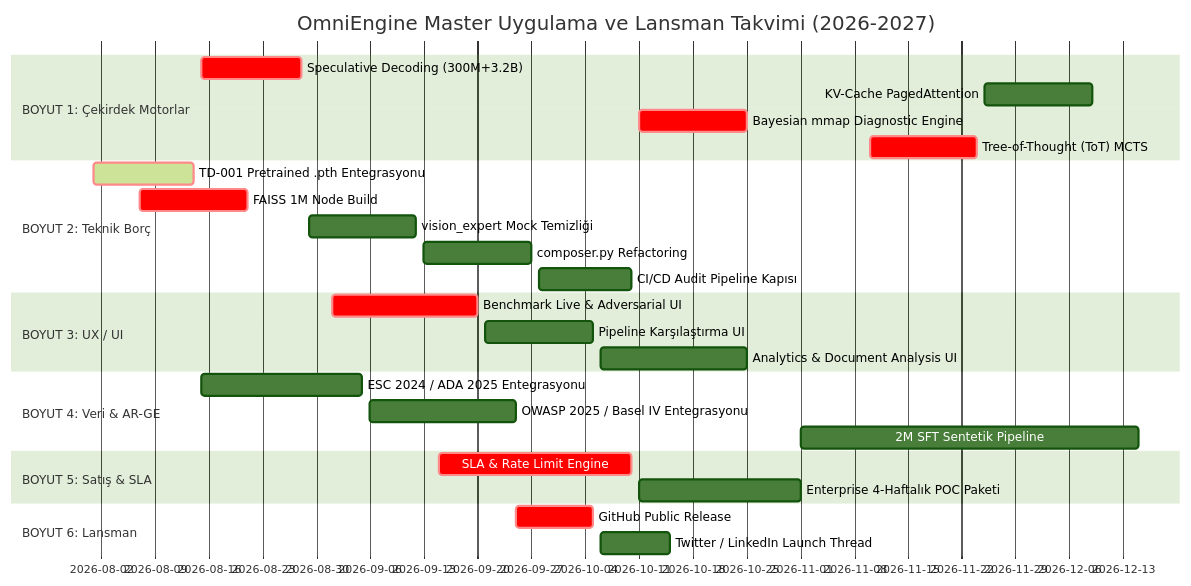
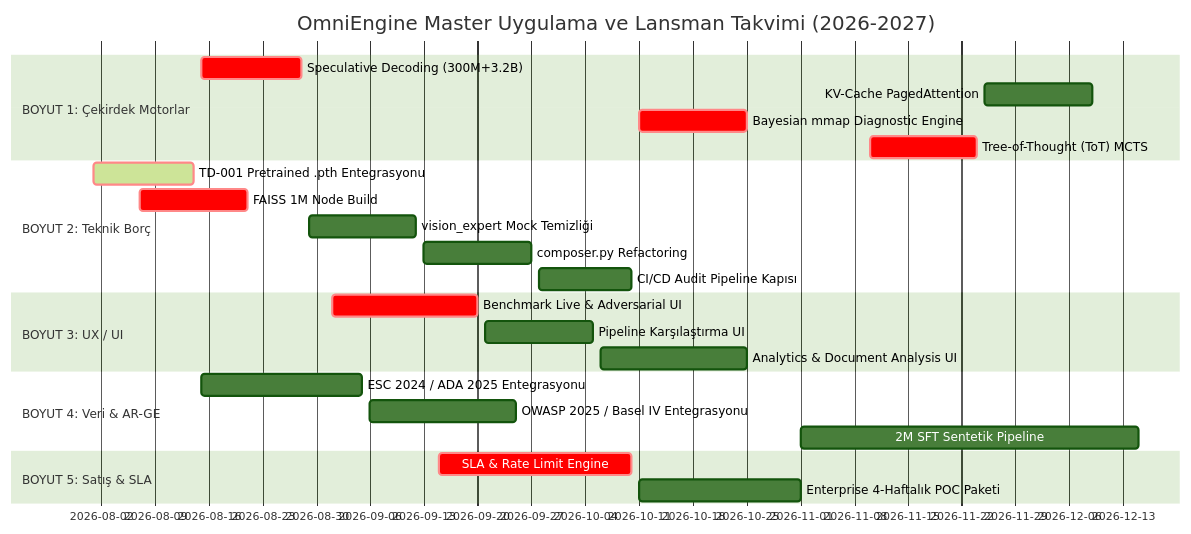
Before and after one commit to sakipfikrret/OmniEngine: the diagram in roadmap/10_GOREV_LISTESI_VE_PLANLAMA.md, drawn with Mermaid (forest theme). The commit also changed other lines of this file and 7 other files, not shown here.

````diff
--- a/roadmap/10_GOREV_LISTESI_VE_PLANLAMA.md
+++ b/roadmap/10_GOREV_LISTESI_VE_PLANLAMA.md
@@ -260,36 +364,32 @@
 ```mermaid
 gantt
     dateFormat  YYYY-MM-DD
     title OmniEngine Master Uygulama ve Lansman Takvimi (2026-2027)
 
     section BOYUT 1: Çekirdek Motorlar
     Speculative Decoding (300M+3.2B)     :crit, 2026-08-15, 2026-08-28
     KV-Cache PagedAttention               :2026-11-25, 2026-12-09
     Bayesian mmap Diagnostic Engine       :crit, 2026-10-11, 2026-10-25
     Tree-of-Thought (ToT) MCTS            :crit, 2026-11-10, 2026-11-24
 
     section BOYUT 2: Teknik Borç
     TD-001 Pretrained .pth Entegrasyonu   :crit, active, 2026-08-01, 2026-08-14
     FAISS 1M Node Build                   :crit, 2026-08-07, 2026-08-21
     vision_expert Mock Temizliği          :2026-08-29, 2026-09-12
     composer.py Refactoring               :2026-09-13, 2026-09-27
     CI/CD Audit Pipeline Kapısı            :2026-09-28, 2026-10-10
 
     section BOYUT 3: UX / UI
     Benchmark Live & Adversarial UI       :crit, 2026-09-01, 2026-09-20
     Pipeline Karşılaştırma UI              :2026-09-21, 2026-10-05
     Analytics & Document Analysis UI      :2026-10-06, 2026-10-25
 
     section BOYUT 4: Veri & AR-GE
     ESC 2024 / ADA 2025 Entegrasyonu      :2026-08-15, 2026-09-05
     OWASP 2025 / Basel IV Entegrasyonu    :2026-09-06, 2026-09-25
     2M SFT Sentetik Pipeline              :2026-11-01, 2026-12-15
 
     section BOYUT 5: Satış & SLA
     SLA & Rate Limit Engine               :crit, 2026-09-15, 2026-10-10
     Enterprise 4-Haftalık POC Paketi       :2026-10-11, 2026-11-01
-
-    section BOYUT 6: Lansman
-    GitHub Public Release                 :crit, 2026-09-25, 2026-10-05
-    Twitter / LinkedIn Launch Thread      :2026-10-06, 2026-10-15
 ```
````
